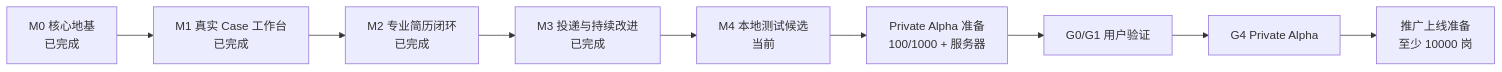
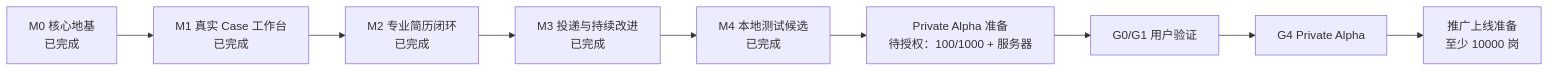
Before and after one commit to CodeVoyager21932/Aijob: the diagram in docs/06-mvp-roadmap.md, drawn with Mermaid. The commit also changed other lines of this file and 7 other files, not shown here.

```diff
--- a/docs/06-mvp-roadmap.md
+++ b/docs/06-mvp-roadmap.md
@@ -39,11 +40,11 @@
 ~~~mermaid
 flowchart LR
     M0["M0 核心地基<br/>已完成"] --> M1["M1 真实 Case 工作台<br/>已完成"]
     M1 --> M2["M2 专业简历闭环<br/>已完成"]
     M2 --> M3["M3 投递与持续改进<br/>已完成"]
-    M3 --> M4["M4 本地测试候选<br/>当前"]
-    M4 --> A["Private Alpha 准备<br/>100/1000 + 服务器"]
+    M3 --> M4["M4 本地测试候选<br/>已完成"]
+    M4 --> A["Private Alpha 准备<br/>待授权：100/1000 + 服务器"]
     A --> V["G0/G1 用户验证"]
     V --> G4["G4 Private Alpha"]
     G4 --> L["推广上线准备<br/>至少 10000 岗"]
 ~~~
```
